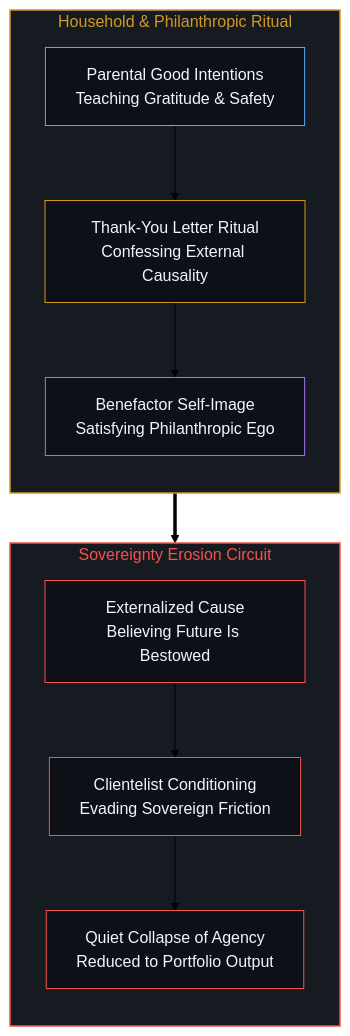
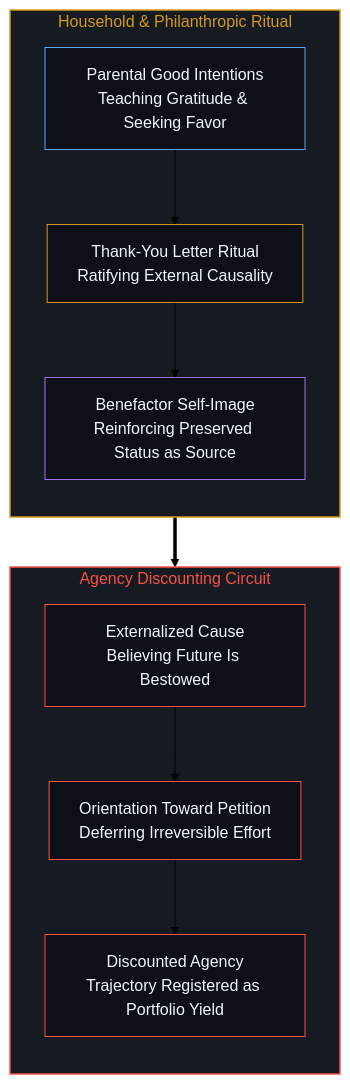
The fourth of 4 diagrams in content/posts/the-discount-on-agency.md (powerpig99/not-a-toe), drawn with Mermaid (forest theme) before and after one commit. The commit also changed other lines of this file, not shown here.

Commit message:
Refine L3: the-discount-on-agency

````diff
--- a/content/posts/the-discount-on-agency.md
+++ b/content/posts/the-discount-on-agency.md
@@ -113,27 +113,27 @@
 ```mermaid
 flowchart TD
   subgraph S_PAR["Household & Philanthropic Ritual"]
     direction TB
-    P_MOM["Parental Good Intentions<br/>Teaching Gratitude & Safety"]
-    P_LET["Thank-You Letter Ritual<br/>Confessing External Causality"]
-    P_EGO["Benefactor Self-Image<br/>Satisfying Philanthropic Ego"]
+    P_MOM["Parental Good Intentions<br/>Teaching Gratitude & Seeking Favor"]
+    P_LET["Thank-You Letter Ritual<br/>Ratifying External Causality"]
+    P_EGO["Benefactor Self-Image<br/>Reinforcing Preserved Status as Source"]
   end
-  subgraph S_SUB["Sovereignty Erosion Circuit"]
+  subgraph S_SUB["Agency Discounting Circuit"]
     direction TB
     S_EXT["Externalized Cause<br/>Believing Future Is Bestowed"]
-    S_DEP["Clientelist Conditioning<br/>Evading Sovereign Friction"]
-    S_COL["Quiet Collapse of Agency<br/>Reduced to Portfolio Output"]
+    S_DEP["Orientation Toward Petition<br/>Deferring Irreversible Effort"]
+    S_COL["Discounted Agency<br/>Trajectory Registered as Portfolio Yield"]
   end
   P_MOM --> P_LET
   P_LET --> P_EGO
   P_LET ==> S_EXT
   S_EXT --> S_DEP --> S_COL
   style S_PAR fill:#161b22,stroke:#d29922,stroke-width:1.5px,color:#d29922
   style S_SUB fill:#161b22,stroke:#f85149,stroke-width:1.5px,color:#f85149
   style P_MOM fill:#0d1117,stroke:#58a6ff,stroke-width:1px,color:#f0f6fc
   style P_LET fill:#0d1117,stroke:#d29922,stroke-width:1px,color:#f0f6fc
   style P_EGO fill:#0d1117,stroke:#a371f7,stroke-width:1px,color:#f0f6fc
   style S_EXT fill:#0d1117,stroke:#f85149,stroke-width:1px,color:#f0f6fc
   style S_DEP fill:#0d1117,stroke:#f85149,stroke-width:1px,color:#f0f6fc
   style S_COL fill:#0d1117,stroke:#f85149,stroke-width:1px,color:#f0f6fc
 ```
````
